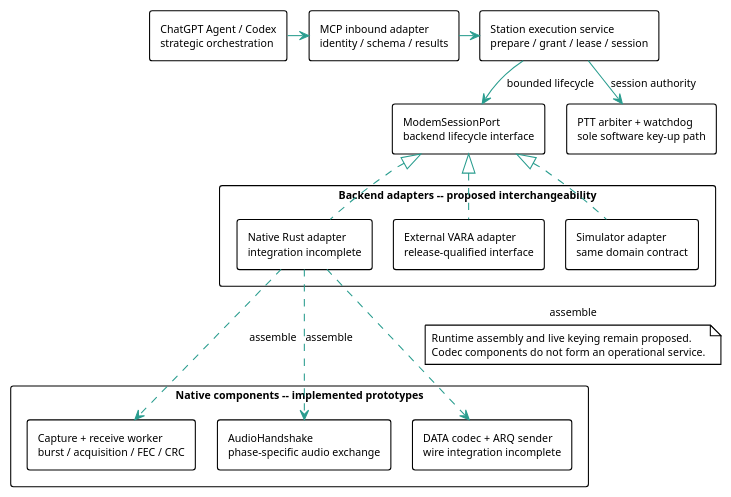
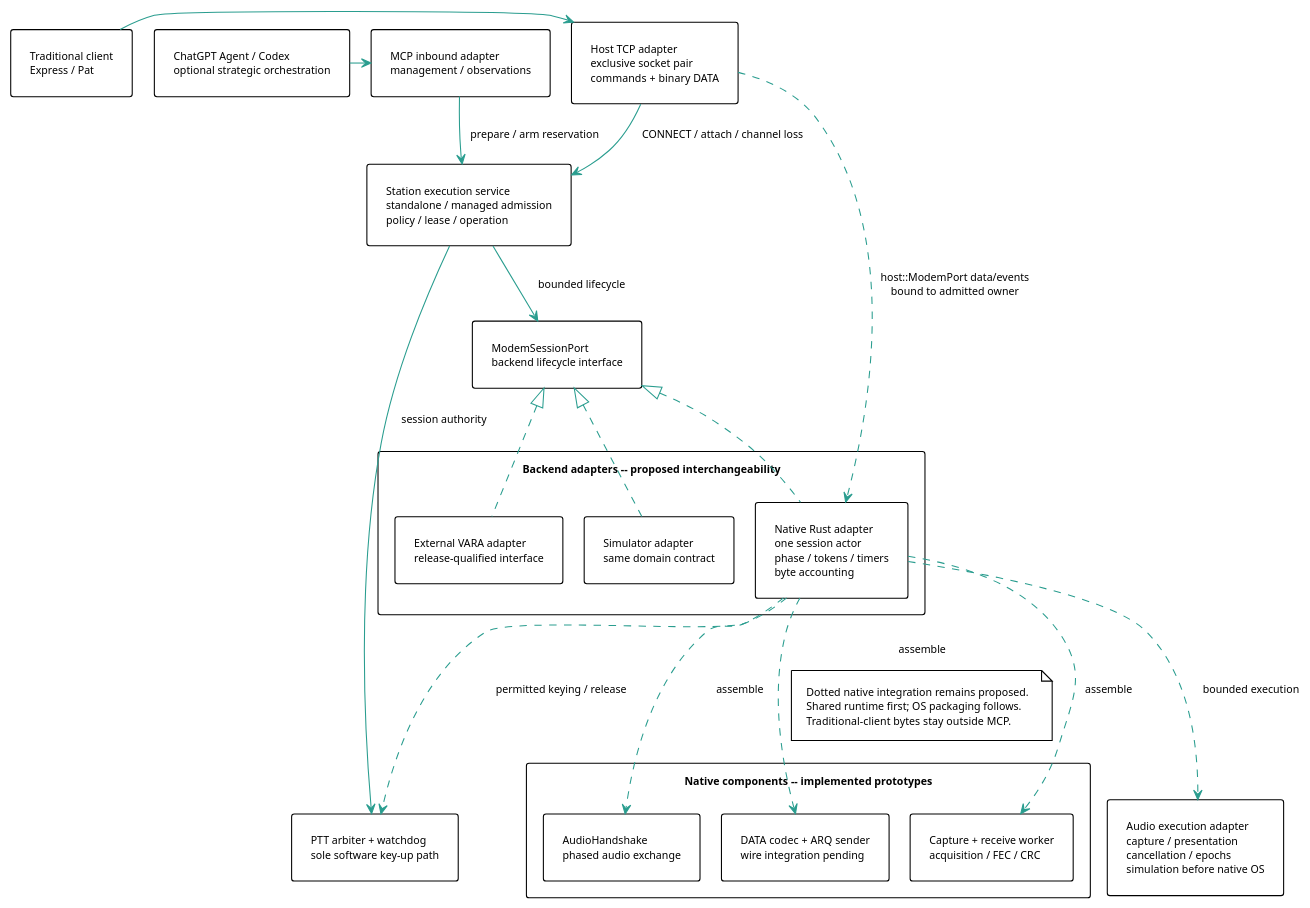
The diagram in docs/whitepaper/diagrams/modem-runtime-components.puml (8r4n/linkwise), drawn with PlantUML before and after one commit. The commit also changed 39 other files, not shown here.

Commit message:
Implement modem runtime and BW500 pilot acquisition

```diff
--- a/docs/whitepaper/diagrams/modem-runtime-components.puml
+++ b/docs/whitepaper/diagrams/modem-runtime-components.puml
@@ -1,43 +1,53 @@
 @startuml Linkwise_Modem_Runtime
 !theme plain
 skinparam backgroundColor #FFFFFF
 skinparam shadowing false
+skinparam Padding 8
 skinparam defaultFontName "Latin Modern Roman"
 skinparam defaultFontSize 10
 skinparam ArrowColor #2A9D8F
 skinparam packageStyle rectangle
 skinparam nodesep 20
 skinparam ranksep 25
 top to bottom direction
-rectangle "ChatGPT Agent / Codex\nstrategic orchestration" as AI
-rectangle "MCP inbound adapter\nidentity / schema / results" as MCP
-rectangle "Station execution service\nprepare / grant / lease / session" as Station
+rectangle "ChatGPT Agent / Codex\noptional strategic orchestration" as AI
+rectangle "MCP inbound adapter\nmanagement / observations" as MCP
+rectangle "Traditional client\nExpress / Pat" as Client
+rectangle "Host TCP adapter\nexclusive socket pair\ncommands + binary DATA" as Host
+rectangle "Station execution service\nstandalone / managed admission\npolicy / lease / operation" as Station
 AI -right-> MCP
-MCP -right-> Station
+Client -right-> Host
+MCP --> Station : prepare / arm reservation
+Host --> Station : CONNECT / attach / channel loss
 rectangle "ModemSessionPort\nbackend lifecycle interface" as Port
 rectangle "PTT arbiter + watchdog\nsole software key-up path" as PTT
 Station --> Port : bounded lifecycle
 Station --> PTT : session authority
 package "Backend adapters -- proposed interchangeability" {
- rectangle "Native Rust adapter\nintegration incomplete" as Native
+ rectangle "Native Rust adapter\none session actor\nphase / tokens / timers\nbyte accounting" as Native
  rectangle "External VARA adapter\nrelease-qualified interface" as Vara
  rectangle "Simulator adapter\nsame domain contract" as Sim
 }
 Port <|.. Native
 Port <|.. Vara
 Port <|.. Sim
+Host ..> Native : host::ModemPort data/events\nbound to admitted owner
+rectangle "Audio execution adapter\ncapture / presentation\ncancellation / epochs\nsimulation before native OS" as Audio
+Native ..> Audio : bounded execution
+Native ..> PTT : permitted keying / release
 package "Native components -- implemented prototypes" {
- rectangle "Capture + receive worker\nburst / acquisition / FEC / CRC" as RX
- rectangle "AudioHandshake\nphase-specific audio exchange" as HS
- rectangle "DATA codec + ARQ sender\nwire integration incomplete" as Link
+ rectangle "Capture + receive worker\nacquisition / FEC / CRC" as RX
+ rectangle "AudioHandshake\nphased audio exchange" as HS
+ rectangle "DATA codec + ARQ sender\nwire integration pending" as Link
  RX -[hidden]right-> HS
  HS -[hidden]right-> Link
 }
 Native ..> RX : assemble
 Native ..> HS : assemble
 Native ..> Link : assemble
 note bottom of Link
- Runtime assembly and live keying remain proposed.
- Codec components do not form an operational service.
+ Dotted native integration remains proposed.
+ Shared runtime first; OS packaging follows.
+ Traditional-client bytes stay outside MCP.
 end note
 @enduml
```
